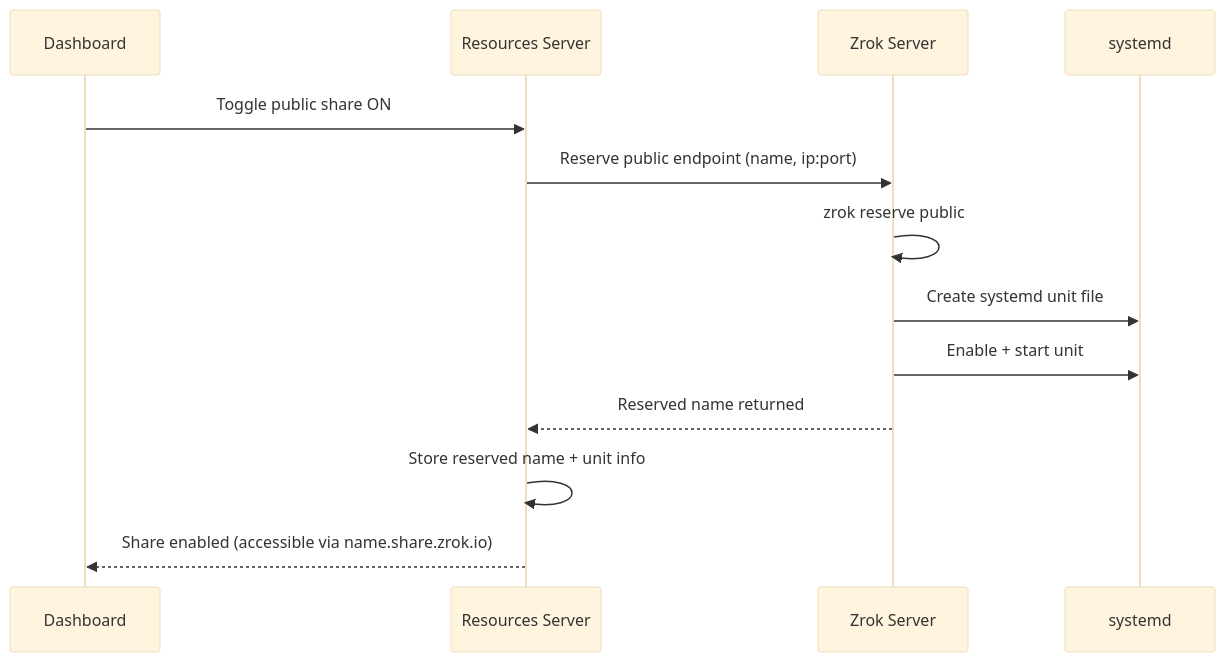
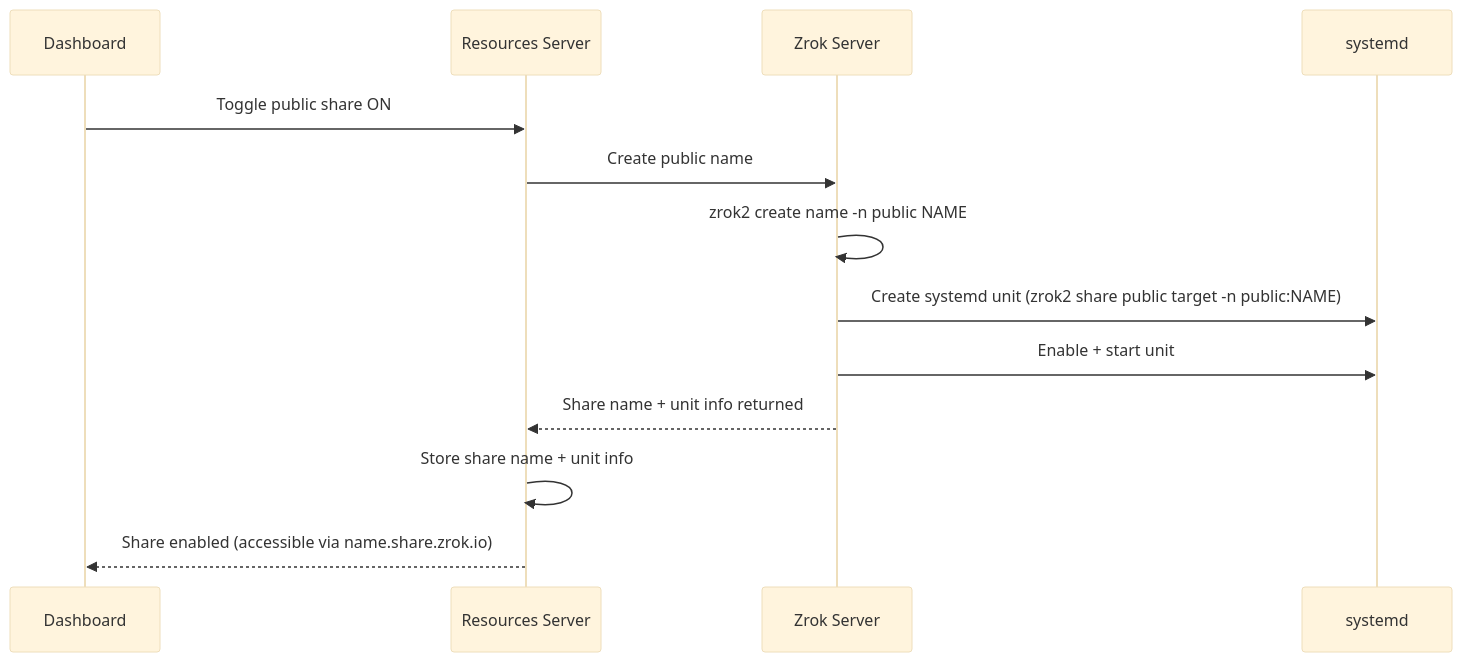
The second of 4 diagrams in docs/resource-lifecycle.md (toreanjoel/tunneld), drawn with Mermaid (base theme) before and after one commit. The commit also changed other lines of this file and 7 other files, not shown here.

````diff
--- a/docs/resource-lifecycle.md
+++ b/docs/resource-lifecycle.md
@@ -26,16 +26,16 @@
 ```mermaid
 sequenceDiagram
     participant User as Dashboard
     participant Res as Resources Server
     participant Zrok as Zrok Server
     participant Sys as systemd
 
     User->>Res: Toggle public share ON
-    Res->>Zrok: Reserve public endpoint (name, ip:port)
-    Zrok->>Zrok: zrok reserve public
-    Zrok->>Sys: Create systemd unit file
+    Res->>Zrok: Create public name
+    Zrok->>Zrok: zrok2 create name -n public NAME
+    Zrok->>Sys: Create systemd unit (zrok2 share public target -n public:NAME)
     Zrok->>Sys: Enable + start unit
-    Zrok-->>Res: Reserved name returned
-    Res->>Res: Store reserved name + unit info
+    Zrok-->>Res: Share name + unit info returned
+    Res->>Res: Store share name + unit info
     Res-->>User: Share enabled (accessible via name.share.zrok.io)
 ```
````
